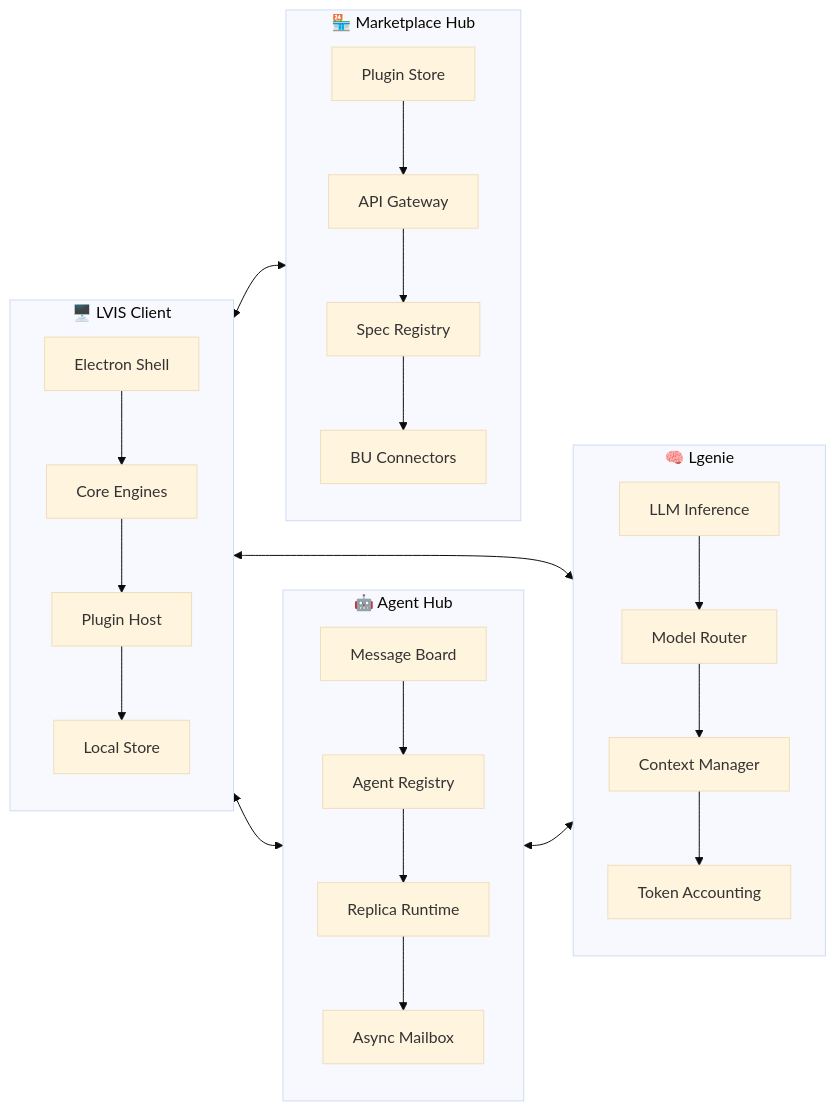
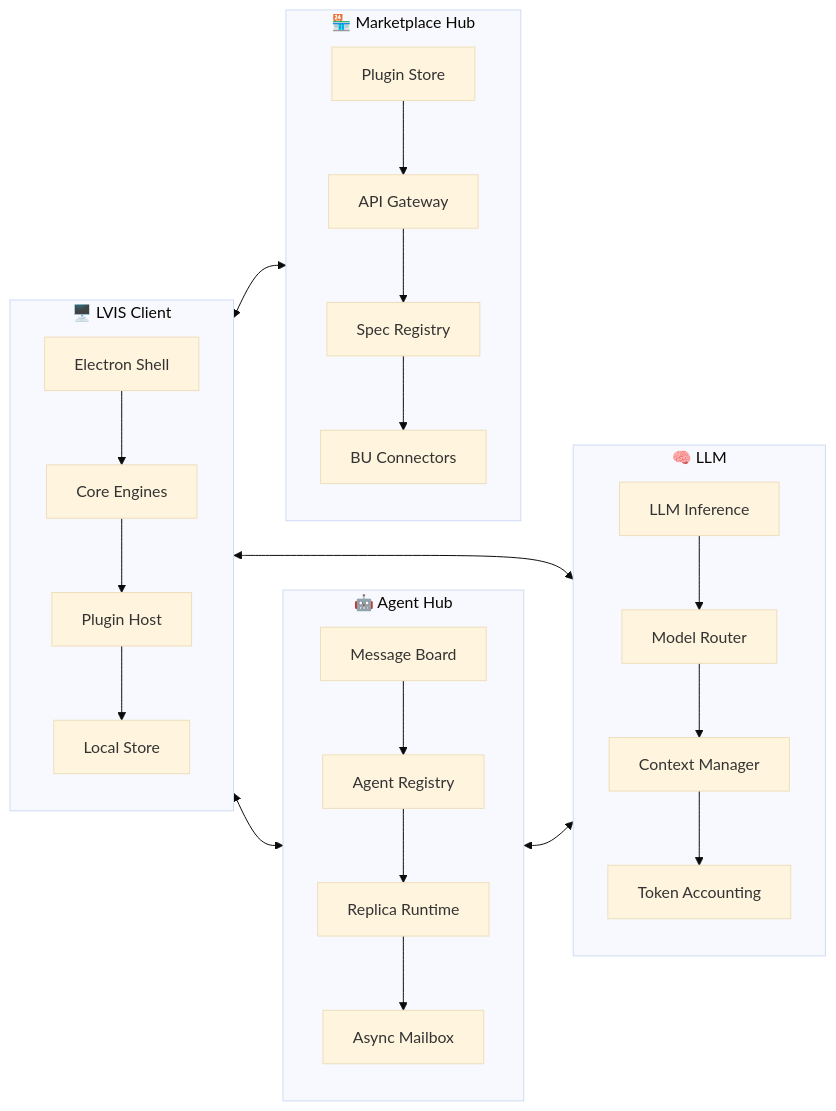
One commit to lvis-project/lvis-app changed the third of 21 diagrams in docs/architecture/architecture.reference.md. Above: the diagram before and after it, drawn with Mermaid (base theme). The commit also changed other lines of this file and 86 other files, not shown here.

````diff
--- a/docs/architecture/architecture.reference.md
+++ b/docs/architecture/architecture.reference.md
@@ -114,43 +114,43 @@
 ```mermaid
 graph LR
     subgraph PILLAR1["🖥️ LVIS Client"]
         direction TB
         P1A["Electron Shell"]
         P1B["Core Engines"]
         P1C["Plugin Host"]
         P1D["Local Store"]
         P1A --> P1B --> P1C --> P1D
     end
 
     subgraph PILLAR2["🤖 Agent Hub"]
         direction TB
         P2A["Message Board"]
         P2B["Agent Registry"]
         P2C["Replica Runtime"]
         P2D["Async Mailbox"]
         P2A --> P2B --> P2C --> P2D
     end
 
     subgraph PILLAR3["🏪 Marketplace Hub"]
         direction TB
         P3A["Plugin Store"]
         P3B["API Gateway"]
         P3C["Spec Registry"]
         P3D["BU Connectors"]
         P3A --> P3B --> P3C --> P3D
     end
 
-    subgraph PILLAR4["🧠 Lgenie"]
+    subgraph PILLAR4["🧠 LLM"]
         direction TB
         P4A["LLM Inference"]
         P4B["Model Router"]
         P4C["Context Manager"]
         P4D["Token Accounting"]
         P4A --> P4B --> P4C --> P4D
     end
 
     PILLAR1 <--> PILLAR2
     PILLAR1 <--> PILLAR3
     PILLAR1 <--> PILLAR4
     PILLAR2 <--> PILLAR4
 ```
````
